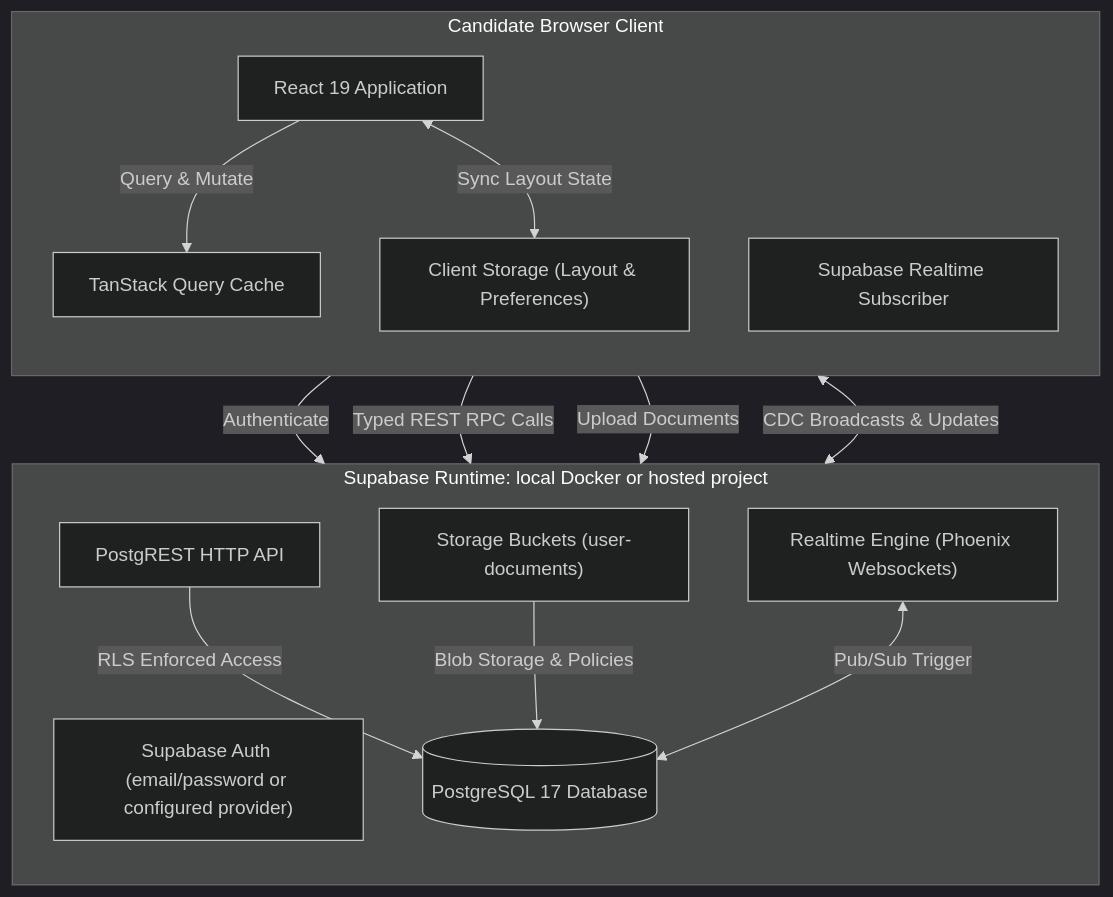
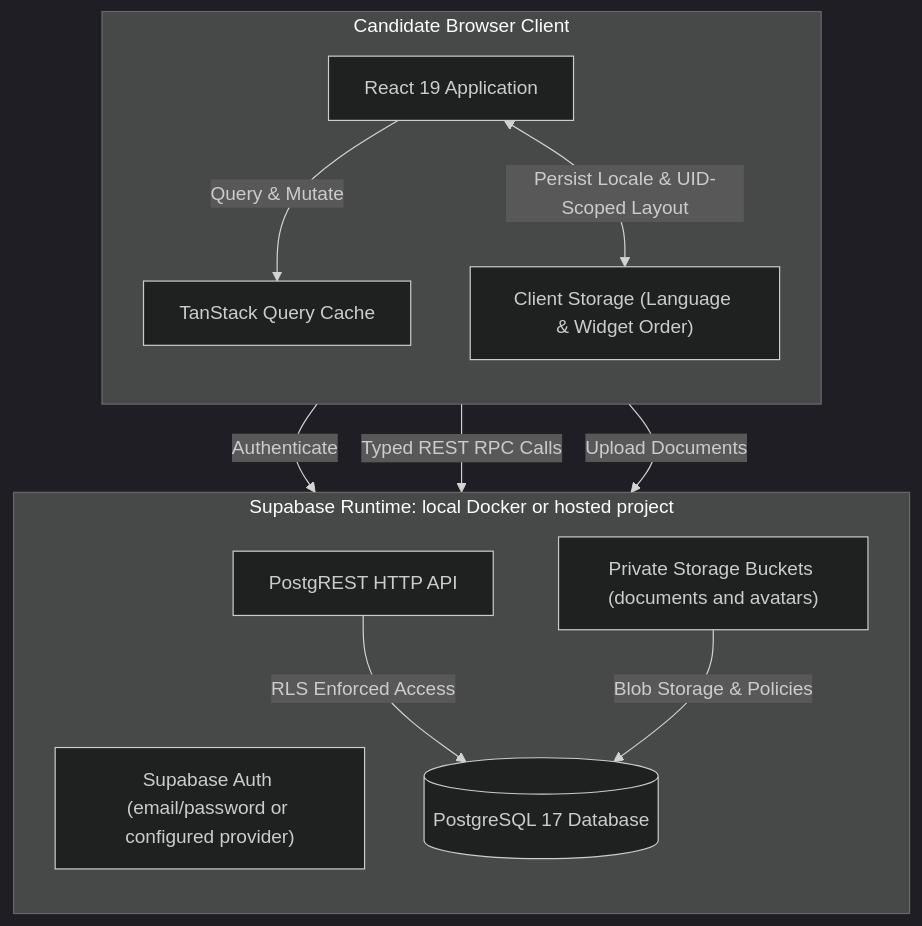
Before and after one commit to jae-labs/jobpulse: the first of 2 diagrams in docs/ARCHITECTURE.md, drawn with Mermaid (dark theme). The commit also changed other lines of this file and 35 other files, not shown here.

````diff
--- a/docs/ARCHITECTURE.md
+++ b/docs/ARCHITECTURE.md
@@ -9,29 +8,25 @@
 ```mermaid
 flowchart TD
     subgraph Client["Candidate Browser Client"]
         direction TB
         ReactApp["React 19 Application"]
         QueryCache["TanStack Query Cache"]
-        RealtimeSub["Supabase Realtime Subscriber"]
-        LocalStorage["Client Storage (Layout & Preferences)"]
+        LocalStorage["Client Storage (Language & Widget Order)"]
     end
 
     subgraph Supabase["Supabase Runtime: local Docker or hosted project"]
         direction TB
         Auth["Supabase Auth (email/password or configured provider)"]
         PostgREST["PostgREST HTTP API"]
-        Realtime["Realtime Engine (Phoenix Websockets)"]
-        Storage["Storage Buckets (user-documents)"]
+        Storage["Private Storage Buckets (documents and avatars)"]
         PostgreSQL[("PostgreSQL 17 Database")]
     end
 
     ReactApp -->|Authenticate| Auth
     ReactApp -->|Query & Mutate| QueryCache
     QueryCache -->|Typed REST RPC Calls| PostgREST
     PostgREST -->|RLS Enforced Access| PostgreSQL
     ReactApp -->|Upload Documents| Storage
     Storage -->|Blob Storage & Policies| PostgreSQL
-    RealtimeSub <-->|CDC Broadcasts & Updates| Realtime
-    Realtime <-->|Pub/Sub Trigger| PostgreSQL
-    ReactApp <-->|Sync Layout State| LocalStorage
+    ReactApp <-->|Persist Locale & UID-Scoped Layout| LocalStorage
 ```
````
